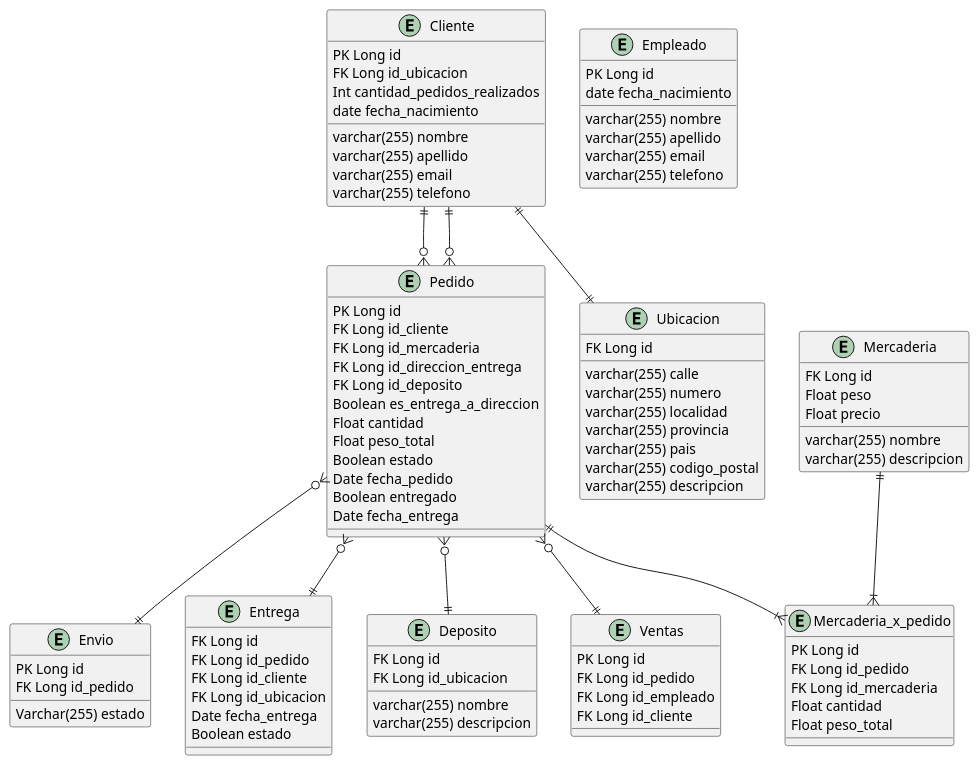
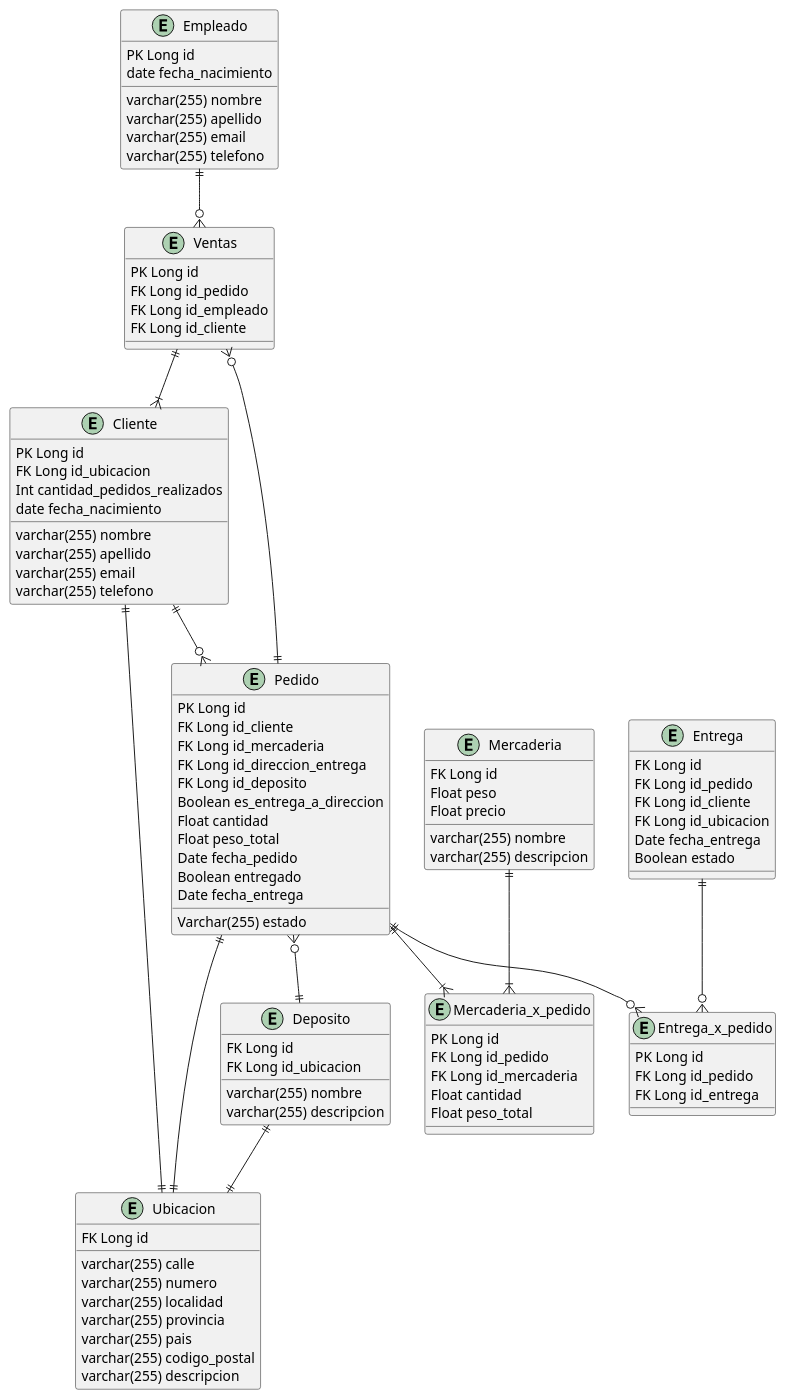
One commit to JuanIBorda/Practica-Modelado-de-Datos-y-Persistencia-de-Datos changed the diagram in src/Diagramas/DER.puml. Above: the diagram before and after it, drawn with PlantUML. The commit also changed other lines of this file, not shown here.

Commit message:
DER terminado 1.0

```diff
--- a/src/Diagramas/DER.puml
+++ b/src/Diagramas/DER.puml
@@ -1,107 +1,114 @@
 @startuml
 
 entity Cliente{
     PK Long id
     FK Long id_ubicacion
     Int cantidad_pedidos_realizados
     varchar(255) nombre
     varchar(255) apellido
     varchar(255) email
     varchar(255) telefono
     date fecha_nacimiento
 }
 
 entity Pedido{
     PK Long id
     FK Long id_cliente
     FK Long id_mercaderia
     FK Long id_direccion_entrega
     FK Long id_deposito
     Boolean es_entrega_a_direccion
     Float cantidad
     Float peso_total
-    Boolean estado
+    Varchar(255) estado
     Date fecha_pedido
     Boolean entregado
     Date fecha_entrega
 }
 
 entity Mercaderia{
     FK Long id
     varchar(255) nombre
     varchar(255) descripcion
     Float peso
     Float precio
 }
 
-entity Envio{
-    PK Long id
-    FK Long id_pedido
-    Varchar(255) estado
-}
 
 entity Entrega{
     FK Long id
     FK Long id_pedido
     FK Long id_cliente
     FK Long id_ubicacion
     Date fecha_entrega
     Boolean estado
 }
 
 
 entity Ubicacion{
     FK Long id
     varchar(255) calle
     varchar(255) numero
     varchar(255) localidad
     varchar(255) provincia
     varchar(255) pais
     varchar(255) codigo_postal
     varchar(255) descripcion
 }
 
 entity Deposito{
     FK Long id
     FK Long id_ubicacion
     varchar(255) nombre
     varchar(255) descripcion
 }
 
 entity Empleado{
     PK Long id
     varchar(255) nombre
     varchar(255) apellido
     varchar(255) email
     varchar(255) telefono
     date fecha_nacimiento
 }
 
 entity Ventas{
     PK Long id
     FK Long id_pedido
     FK Long id_empleado
     FK Long id_cliente
 }
 
 entity Mercaderia_x_pedido{
 PK Long id
     FK Long id_pedido
     FK Long id_mercaderia
     Float cantidad
     Float peso_total
 }
 
+entity Entrega_x_pedido{
+    PK Long id
+    FK Long id_pedido
+    FK Long id_entrega
+}
+
 Cliente ||--|| Ubicacion
 Cliente ||--o{ Pedido
+
+Mercaderia ||--|{ Mercaderia_x_pedido
+
 Pedido ||--|{ Mercaderia_x_pedido
-Mercaderia ||--|{ Mercaderia_x_pedido
-Pedido }o--|| Envio
-Pedido }o--|| Entrega
-Pedido }o--|| Ventas
 Pedido }o--|| Deposito
-Pedido }o--|| Cliente
+Pedido ||--|| Ubicacion
+Pedido ||--o{ Entrega_x_pedido
 
+Ventas ||--|{ Cliente
+Ventas }o--|| Pedido
 
+Empleado ||--o{ Ventas
+Entrega ||--o{ Entrega_x_pedido
+
+Deposito ||--|| Ubicacion
 
 @enduml
```
